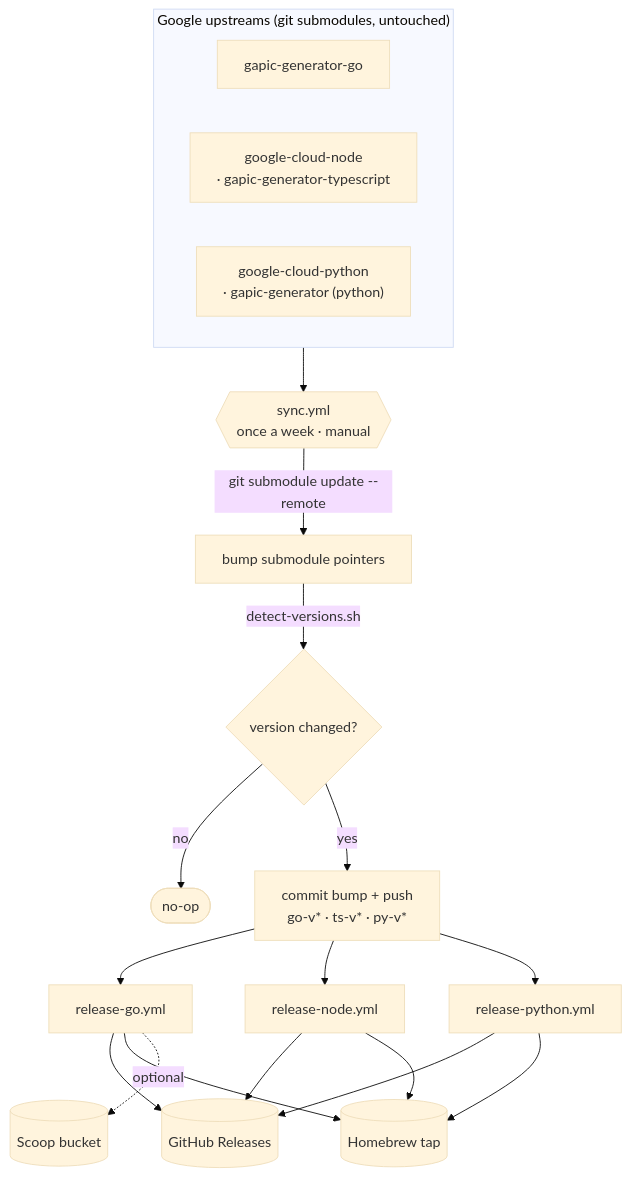
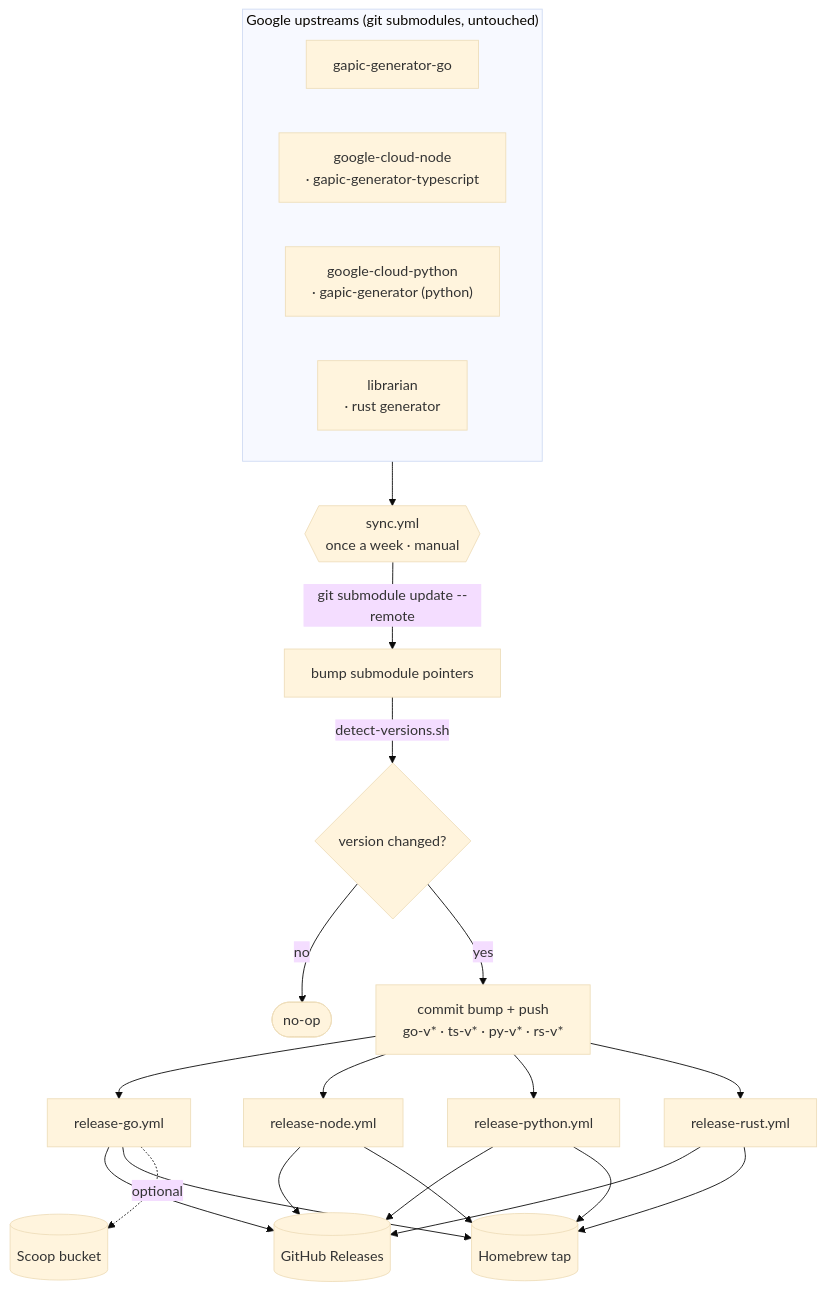
One commit to the-protobuf-project/gapic changed the first of 2 diagrams in README.md. Above: the diagram before and after it, drawn with Mermaid (base theme). The commit also changed other lines of this file and 5 other files, not shown here.

First line of the commit message:
feat: add Rust generator (librarian) as gapic-rust

````diff
--- a/README.md
+++ b/README.md
@@ -92,23 +105,27 @@
 ```mermaid
 flowchart TD
     subgraph UP["Google upstreams (git submodules, untouched)"]
         GO["gapic-generator-go"]
         ND["google-cloud-node<br/>· gapic-generator-typescript"]
         PY["google-cloud-python<br/>· gapic-generator (python)"]
+        RS["librarian<br/>· rust generator"]
     end
     UP --> SYNC{{"sync.yml<br/>once a week · manual"}}
     SYNC -->|"git submodule update --remote"| BUMP["bump submodule pointers"]
     BUMP -->|"detect-versions.sh"| DIFF{"version changed?"}
     DIFF -->|no| NOOP(["no-op"])
-    DIFF -->|yes| TAG["commit bump + push<br/>go-v* · ts-v* · py-v*"]
+    DIFF -->|yes| TAG["commit bump + push<br/>go-v* · ts-v* · py-v* · rs-v*"]
     TAG --> RG["release-go.yml"]
     TAG --> RN["release-node.yml"]
     TAG --> RP["release-python.yml"]
+    TAG --> RR["release-rust.yml"]
     RG --> GHR[("GitHub Releases")]
     RN --> GHR
     RP --> GHR
+    RR --> GHR
     RG --> TAP[("Homebrew tap")]
     RN --> TAP
     RP --> TAP
+    RR --> TAP
     RG -. "optional" .-> SCOOP[("Scoop bucket")]
 ```
````
